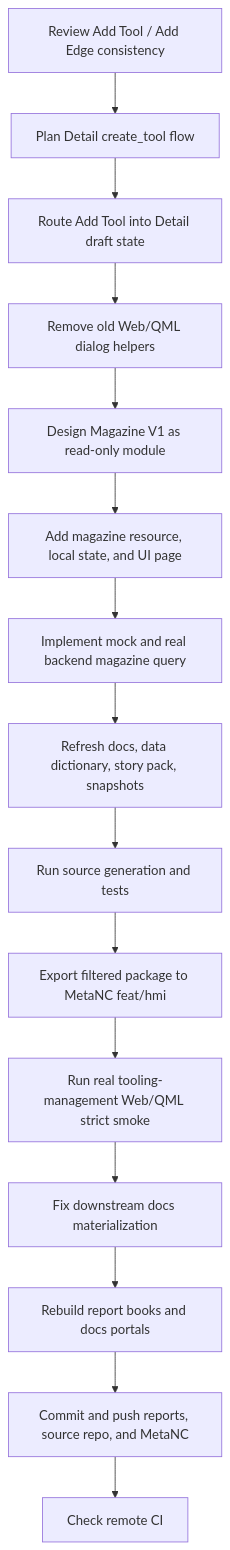
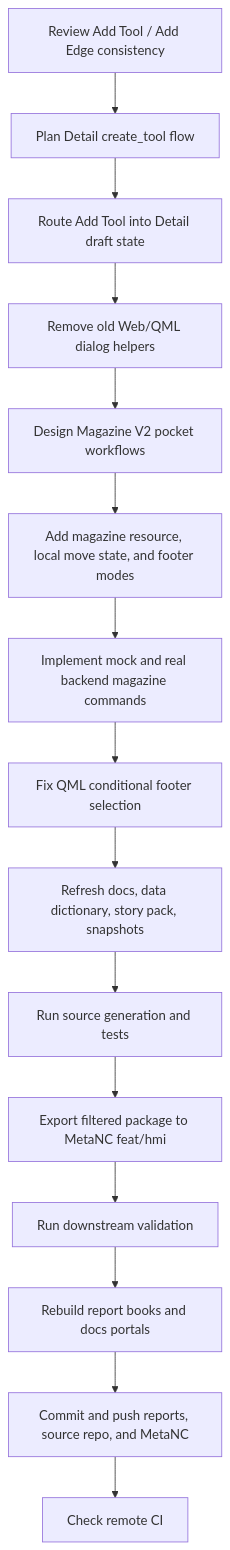
Before and after one commit to luppiterw/metanc_hmi_dsl_reports: the diagram in 2026-05-28-codex-session/workflow-diagram.md, drawn with Mermaid. The commit also changed 19 other files, not shown here.

Commit message:
docs: refresh 2026-05-28 hmi report

````diff
--- a/2026-05-28-codex-session/workflow-diagram.md
+++ b/2026-05-28-codex-session/workflow-diagram.md
@@ -3,17 +3,17 @@
 ```mermaid
 flowchart TD
   A[Review Add Tool / Add Edge consistency] --> B[Plan Detail create_tool flow]
   B --> C[Route Add Tool into Detail draft state]
   C --> D[Remove old Web/QML dialog helpers]
-  D --> E[Design Magazine V1 as read-only module]
-  E --> F[Add magazine resource, local state, and UI page]
-  F --> G[Implement mock and real backend magazine query]
-  G --> H[Refresh docs, data dictionary, story pack, snapshots]
-  H --> I[Run source generation and tests]
-  I --> J[Export filtered package to MetaNC feat/hmi]
-  J --> K[Run real tooling-management Web/QML strict smoke]
-  K --> L[Fix downstream docs materialization]
+  D --> E[Design Magazine V2 pocket workflows]
+  E --> F[Add magazine resource, local move state, and footer modes]
+  F --> G[Implement mock and real backend magazine commands]
+  G --> H[Fix QML conditional footer selection]
+  H --> I[Refresh docs, data dictionary, story pack, snapshots]
+  I --> J[Run source generation and tests]
+  J --> K[Export filtered package to MetaNC feat/hmi]
+  K --> L[Run downstream validation]
   L --> M[Rebuild report books and docs portals]
   M --> N[Commit and push reports, source repo, and MetaNC]
   N --> O[Check remote CI]
 ```
````
